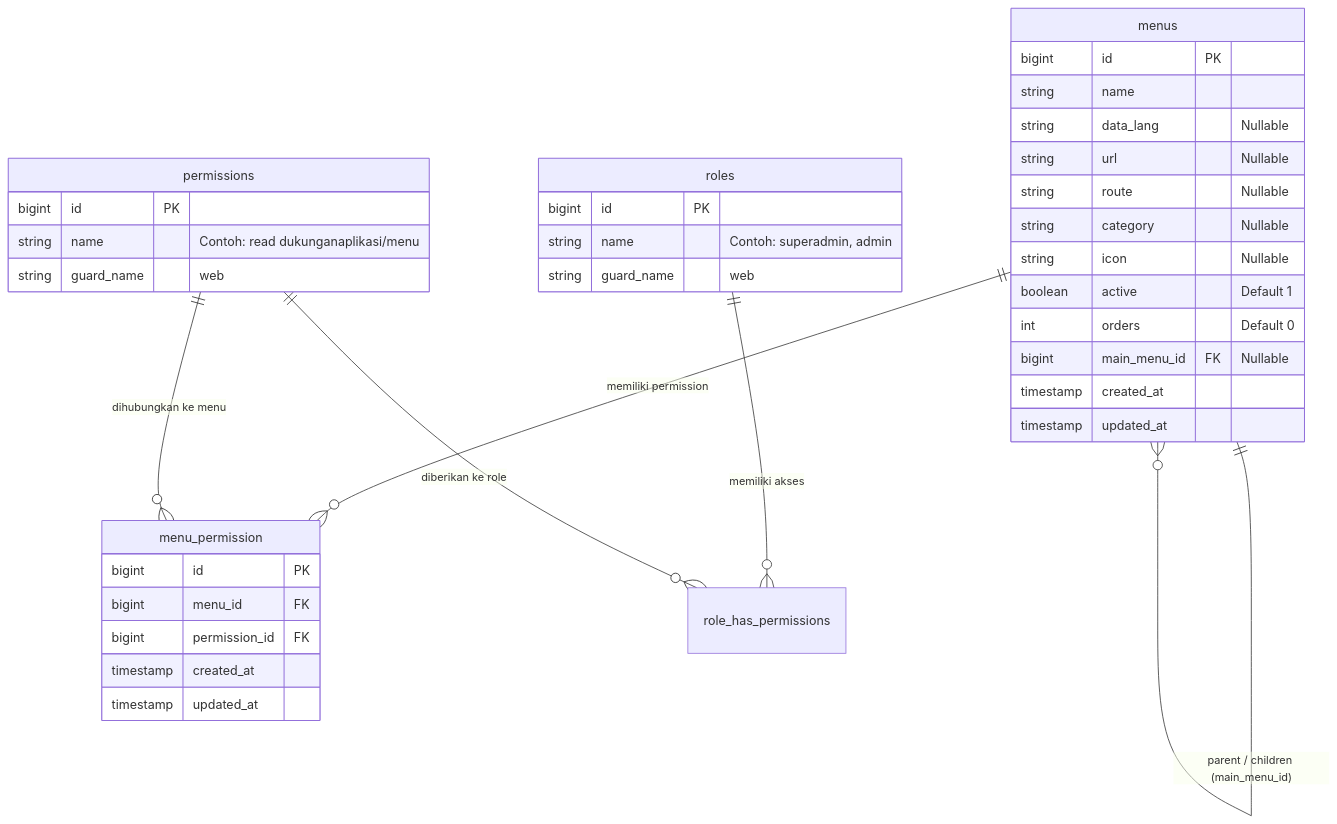
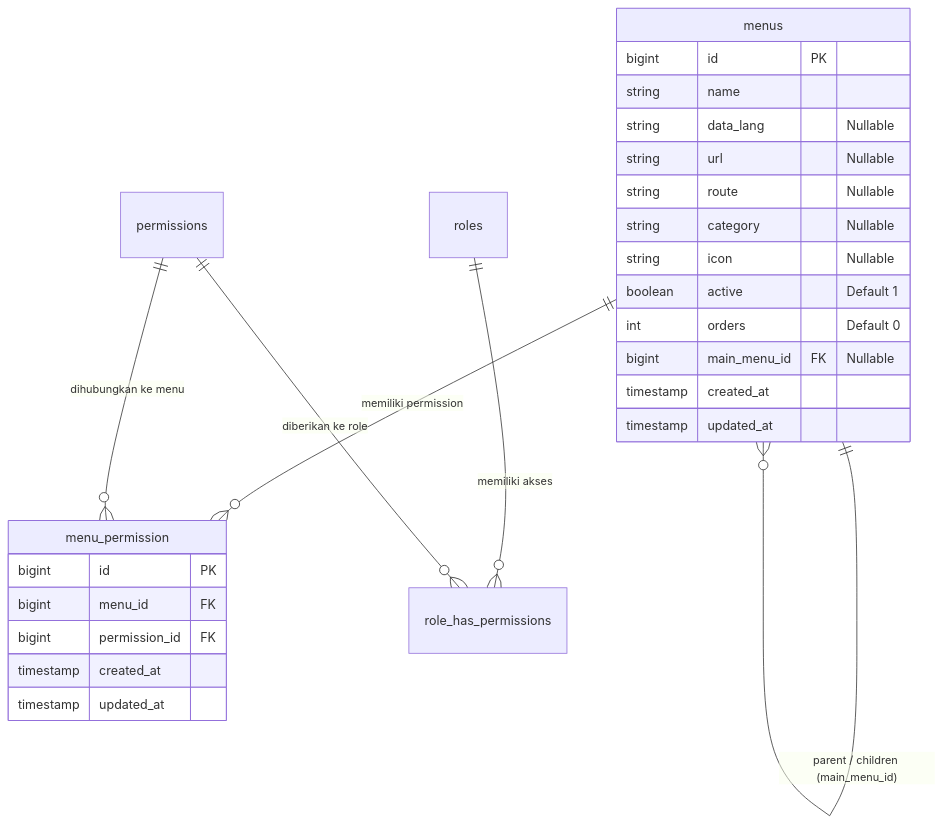
One commit to AbdoelMadjid/repalogic-dashboard changed the first of 2 diagrams in docs/arsitektur_dan_operasional_manajemen_menu.md. Above: the diagram before and after it, drawn with Mermaid. The commit also changed other lines of this file and 9 other files, not shown here.

Commit message:
docs: synchronize architecture docs with latest features, fix mermaid syntax & remove static version headers

````diff
--- a/docs/arsitektur_dan_operasional_manajemen_menu.md
+++ b/docs/arsitektur_dan_operasional_manajemen_menu.md
@@ -70,43 +70,31 @@
 ```mermaid
 erDiagram
     menus ||--o{ menus : "parent / children (main_menu_id)"
     menus ||--o{ menu_permission : "memiliki permission"
     permissions ||--o{ menu_permission : "dihubungkan ke menu"
     roles ||--o{ role_has_permissions : "memiliki akses"
     permissions ||--o{ role_has_permissions : "diberikan ke role"
 
     menus {
         bigint id PK
         string name
         string data_lang "Nullable"
         string url "Nullable"
         string route "Nullable"
         string category "Nullable"
         string icon "Nullable"
         boolean active "Default 1"
         int orders "Default 0"
         bigint main_menu_id FK "Nullable"
         timestamp created_at
         timestamp updated_at
     }
 
     menu_permission {
         bigint id PK
         bigint menu_id FK
         bigint permission_id FK
         timestamp created_at
         timestamp updated_at
     }
-
-    permissions {
-        bigint id PK
-        string name "Contoh: read dukunganaplikasi/menu"
-        string guard_name "web"
-    }
-
-    roles {
-        bigint id PK
-        string name "Contoh: superadmin, admin"
-        string guard_name "web"
-    }
 ```
````
